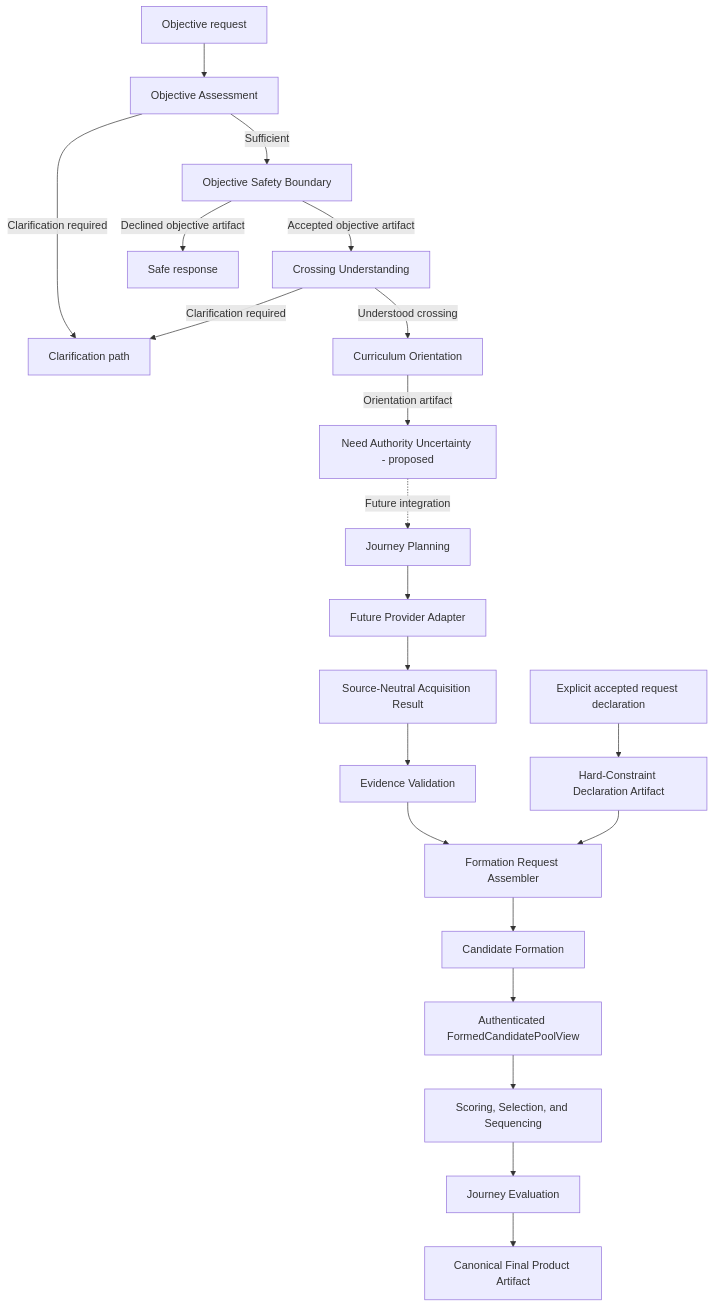
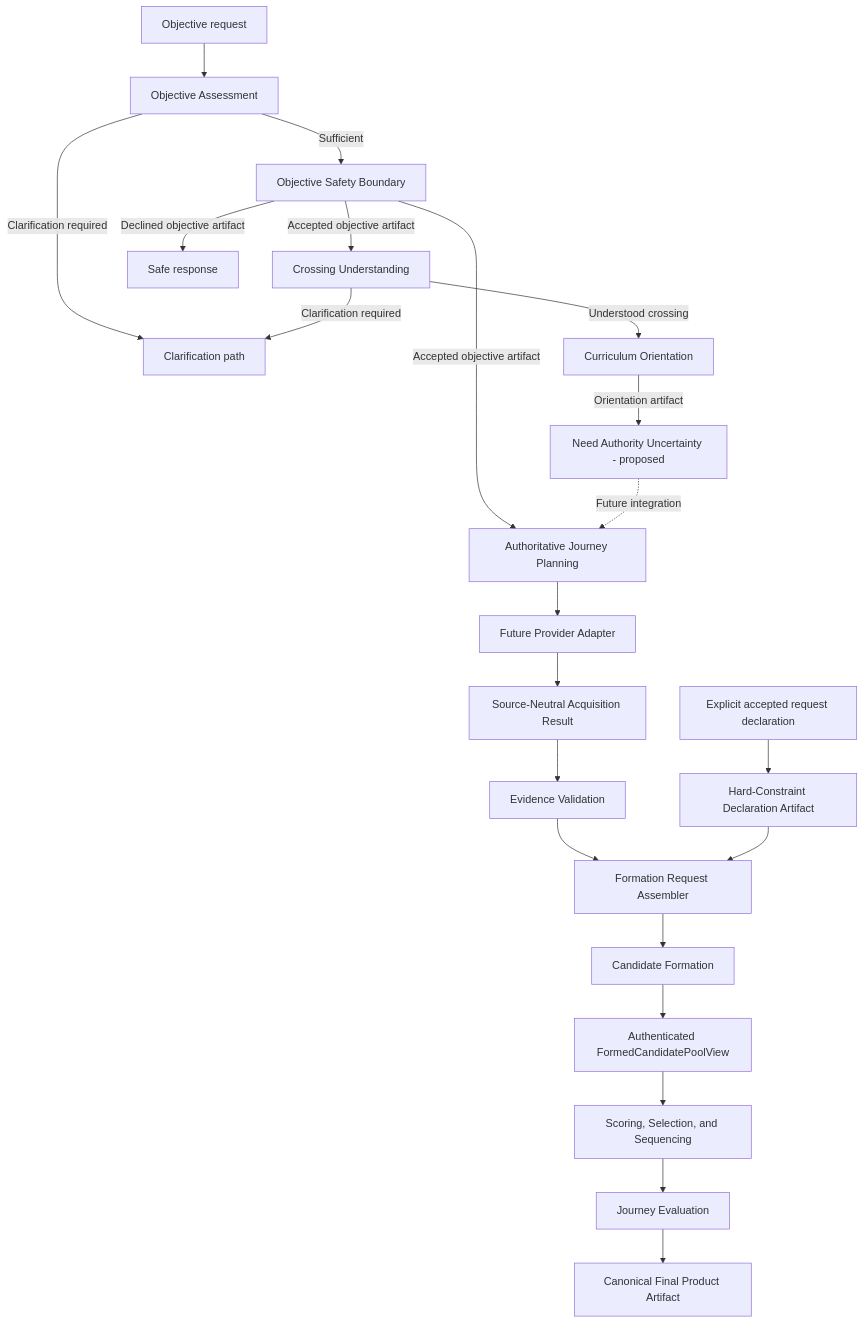
Before and after one commit to kevin7773/PlaylistNarrative: the diagram in docs/architecture.md, drawn with Mermaid. The commit also changed other lines of this file and 13 other files, not shown here.

Commit message:
feat: bind accepted objective to journey planning

````diff
--- a/docs/architecture.md
+++ b/docs/architecture.md
@@ -64,23 +70,24 @@
 ```mermaid
 flowchart TD
     A["Objective request"] --> B["Objective Assessment"]
     B -->|"Clarification required"| C["Clarification path"]
     B -->|"Sufficient"| D["Objective Safety Boundary"]
+    D -->|"Accepted objective artifact"| E["Authoritative Journey Planning"]
     D -->|"Accepted objective artifact"| CU["Crossing Understanding"]
     D -->|"Declined objective artifact"| F["Safe response"]
     CU -->|"Understood crossing"| O["Curriculum Orientation"]
     CU -->|"Clarification required"| C
     O -->|"Orientation artifact"| N["Need Authority Uncertainty - proposed"]
-    N -.->|"Future integration"| E["Journey Planning"]
+    N -.->|"Future integration"| E
     E --> G["Future Provider Adapter"]
     G --> ACQ["Source-Neutral Acquisition Result"]
     ACQ --> V["Evidence Validation"]
     V --> R["Formation Request Assembler"]
     X["Explicit accepted request declaration"] --> Q["Hard-Constraint Declaration Artifact"]
     Q --> R
     R --> J["Candidate Formation"]
     J --> K["Authenticated FormedCandidatePoolView"]
     K --> H["Scoring, Selection, and Sequencing"]
     H --> I["Journey Evaluation"]
     I --> P["Canonical Final Product Artifact"]
 ```
````
